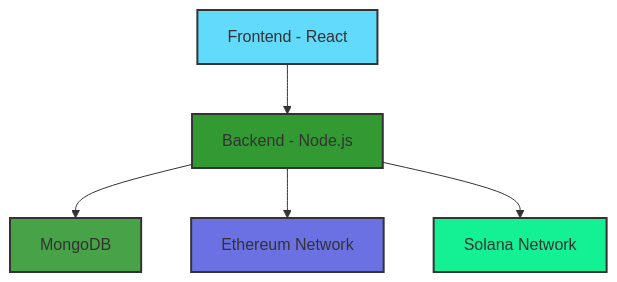
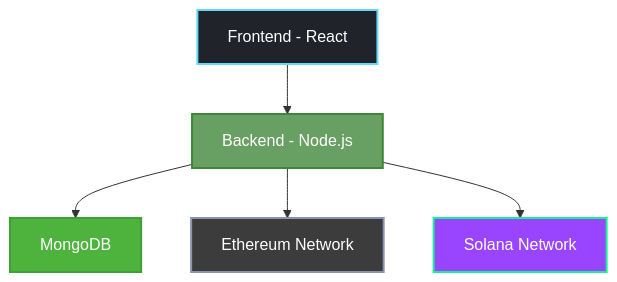
Before and after one commit to shrey1018/BonkPay: the diagram in README.md, drawn with Mermaid. The commit also changed other lines of this file, not shown here.

````diff
--- a/README.md
+++ b/README.md
@@ -80,12 +80,12 @@
 ```mermaid
 graph TD
     A[Frontend - React] --> B[Backend - Node.js]
     B --> C[MongoDB]
     B --> D[Ethereum Network]
     B --> E[Solana Network]
-    style A fill:#61DAFB,stroke:#333,stroke-width:2px
-    style B fill:#339933,stroke:#333,stroke-width:2px
-    style C fill:#47A248,stroke:#333,stroke-width:2px
-    style D fill:#6B71E3,stroke:#333,stroke-width:2px
-    style E fill:#14F195,stroke:#333,stroke-width:2px
+    style A fill:#20232A,stroke:#61DAFB,stroke-width:2px,color:#fff
+    style B fill:#68A063,stroke:#3C873A,stroke-width:2px,color:#fff
+    style C fill:#4DB33D,stroke:#3FA037,stroke-width:2px,color:#fff
+    style D fill:#3C3C3D,stroke:#8A92B2,stroke-width:2px,color:#fff
+    style E fill:#9945FF,stroke:#14F195,stroke-width:2px,color:#fff
 ```
````
